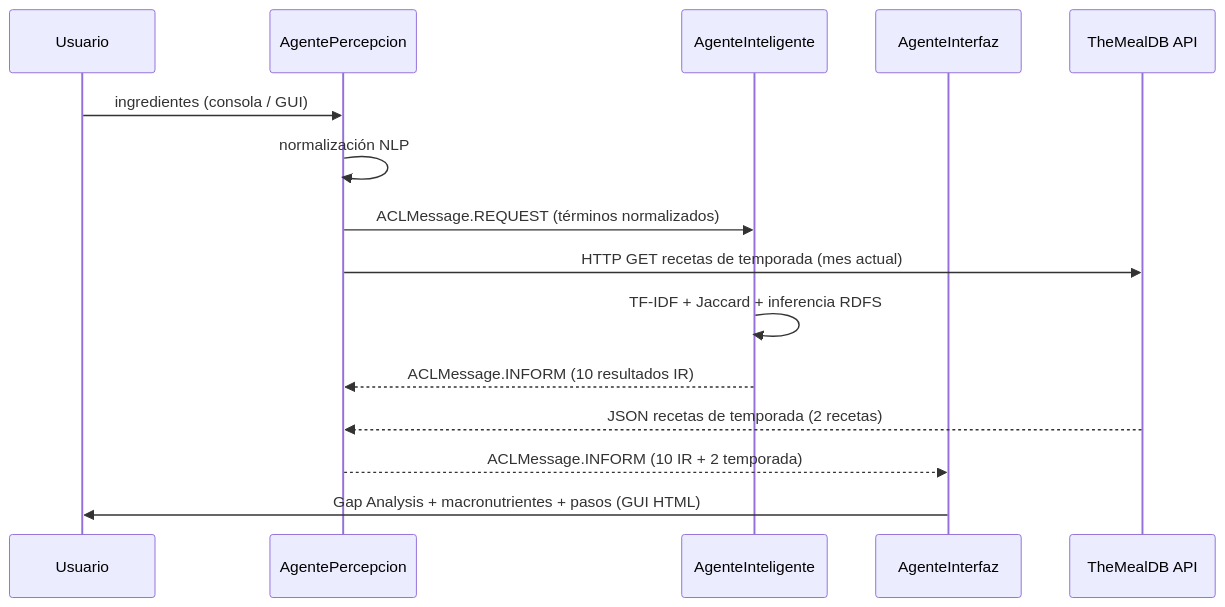
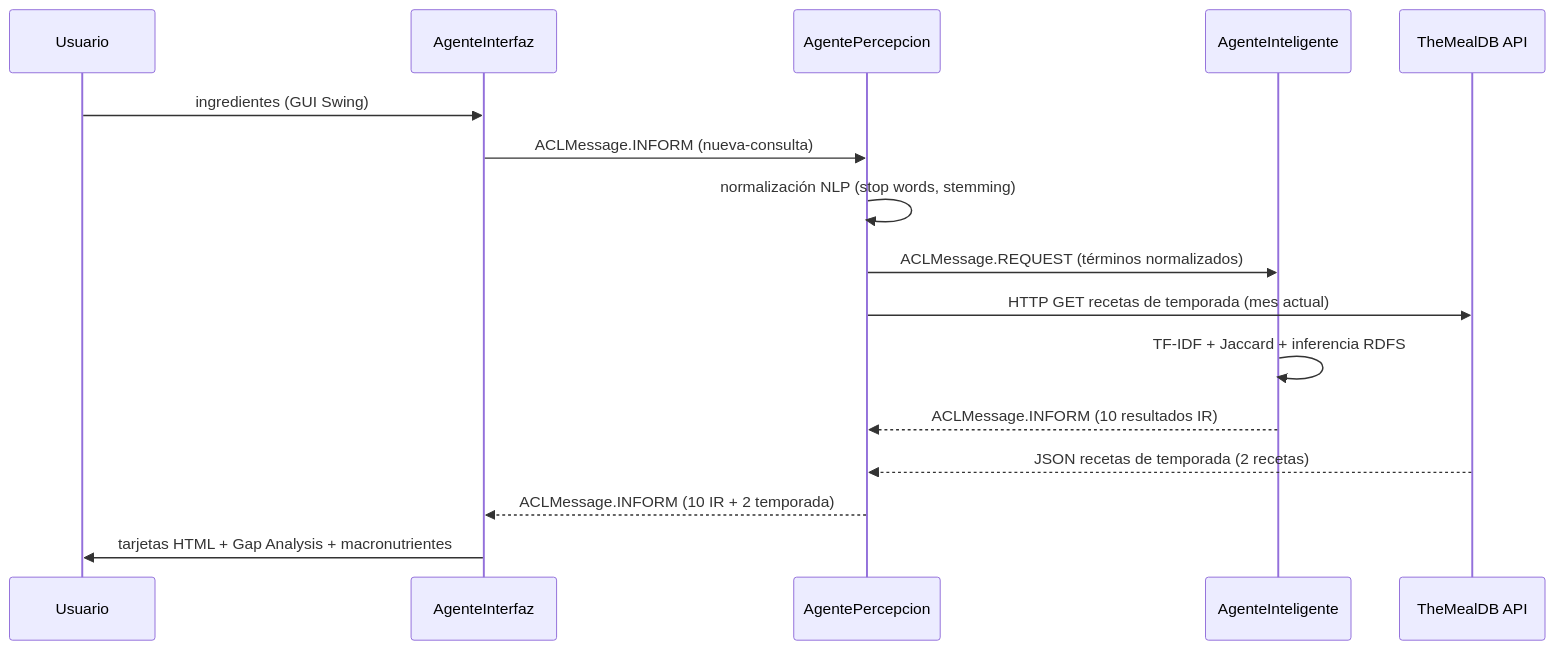
Before and after one commit to JAGB709/Nutrify: the second of 2 diagrams in README.md, drawn with Mermaid. The commit also changed other lines of this file, not shown here.

Commit message:
README: diagrama de arquitectura de componentes y reestructuración de secciones

````diff
--- a/README.md
+++ b/README.md
@@ -25,18 +90,19 @@
 ```mermaid
 sequenceDiagram
     participant U as Usuario
+    participant V as AgenteInterfaz
     participant P as AgentePercepcion
     participant I as AgenteInteligente
-    participant V as AgenteInterfaz
     participant W as TheMealDB API
 
-    U->>P: ingredientes (consola / GUI)
-    P->>P: normalización NLP
+    U->>V: ingredientes (GUI Swing)
+    V->>P: ACLMessage.INFORM (nueva-consulta)
+    P->>P: normalización NLP (stop words, stemming)
     P->>I: ACLMessage.REQUEST (términos normalizados)
     P->>W: HTTP GET recetas de temporada (mes actual)
     I->>I: TF-IDF + Jaccard + inferencia RDFS
     I-->>P: ACLMessage.INFORM (10 resultados IR)
     W-->>P: JSON recetas de temporada (2 recetas)
     P-->>V: ACLMessage.INFORM (10 IR + 2 temporada)
-    V->>U: Gap Analysis + macronutrientes + pasos (GUI HTML)
+    V->>U: tarjetas HTML + Gap Analysis + macronutrientes
 ```
````
